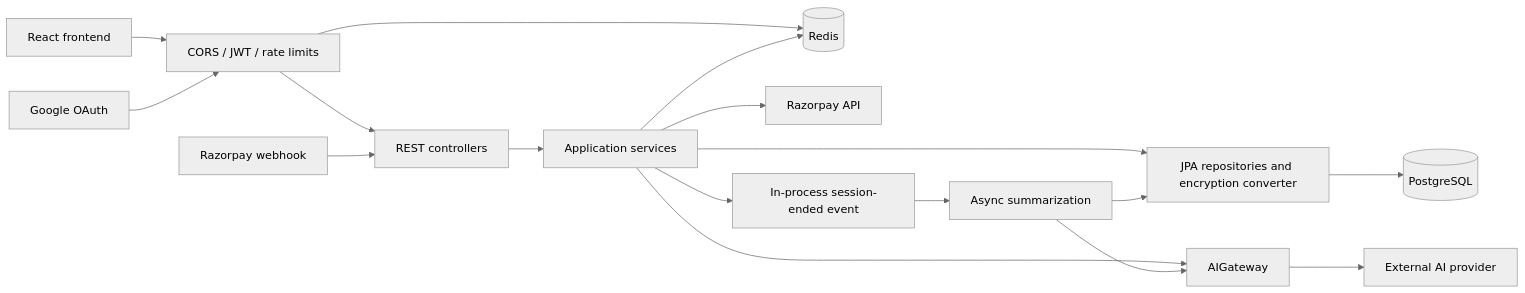
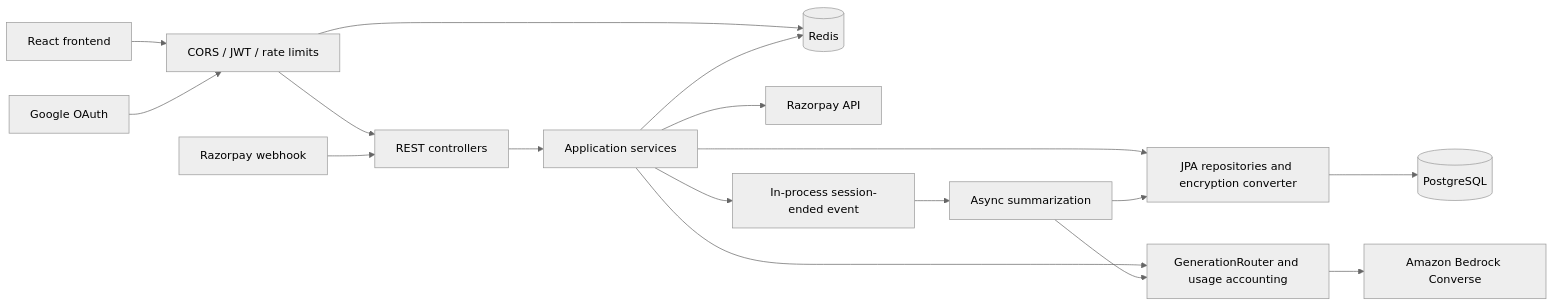
Before and after one commit to realHKV/AiTherapyLive: the diagram in Backend/docs/BACKEND_REFERENCE.md, drawn with Mermaid (neutral theme). The commit also changed other lines of this file and 28 other files, not shown here.

````diff
--- a/Backend/docs/BACKEND_REFERENCE.md
+++ b/Backend/docs/BACKEND_REFERENCE.md
@@ -15,19 +15,19 @@
 ```mermaid
 flowchart LR
     Browser[React frontend] --> Security[CORS / JWT / rate limits]
     Google[Google OAuth] --> Security
     Security --> Controllers[REST controllers]
     Razorpay[Razorpay webhook] --> Controllers
     Controllers --> Services[Application services]
     Services --> JPA[JPA repositories and encryption converter]
     JPA --> DB[(PostgreSQL)]
     Security --> Redis[(Redis)]
     Services --> Redis
-    Services --> Gateway[AIGateway]
-    Gateway --> AI[External AI provider]
+    Services --> Gateway[GenerationRouter and usage accounting]
+    Gateway --> Bedrock[Amazon Bedrock Converse]
     Services --> PaymentAPI[Razorpay API]
     Services --> Event[In-process session-ended event]
     Event --> Summary[Async summarization]
     Summary --> Gateway
     Summary --> JPA
 ```
````
